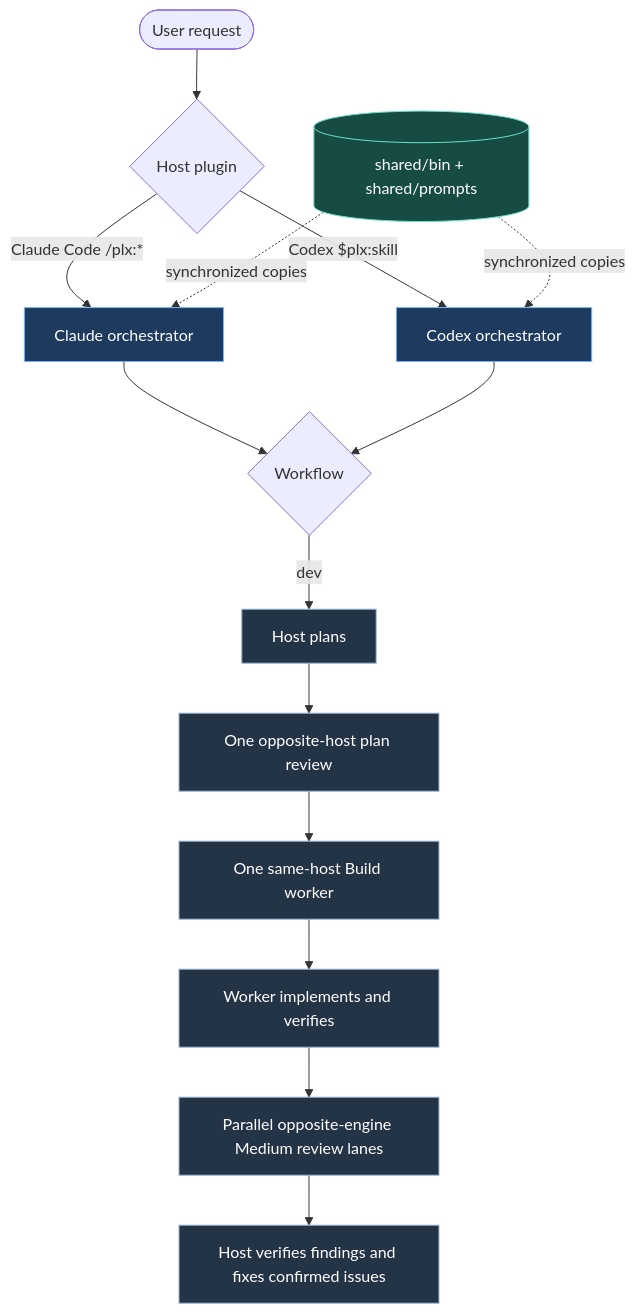
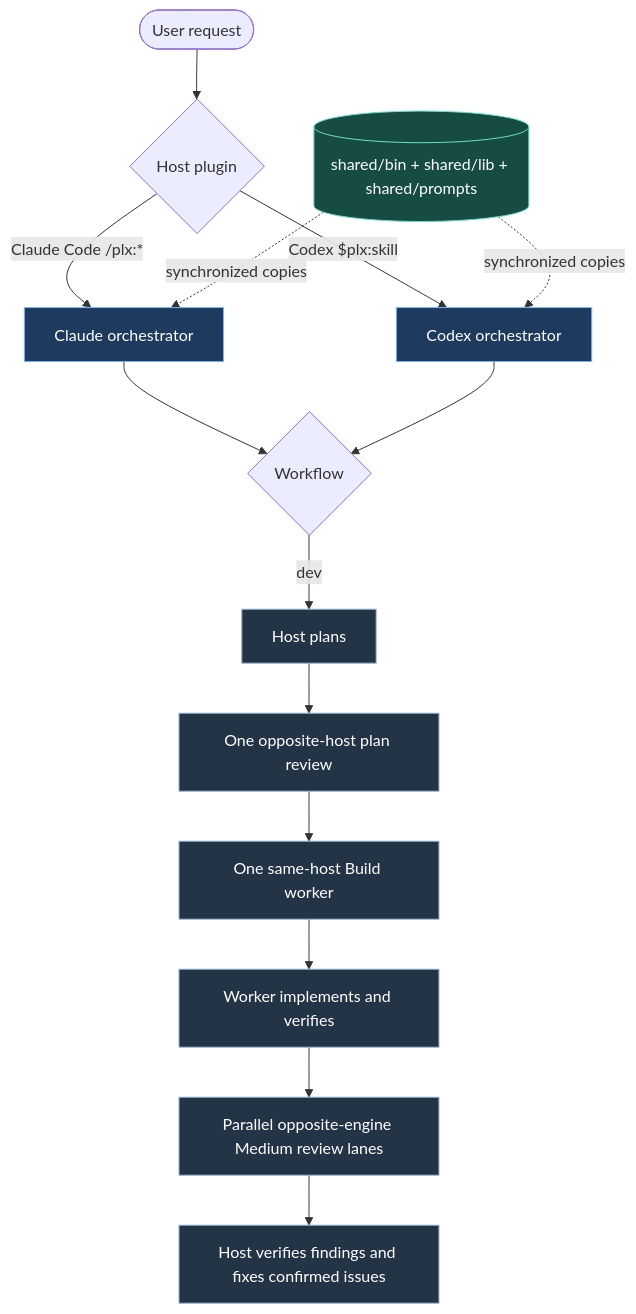
Before and after one commit to dshap474/parallax: the diagram in docs/diagrams/plx_flow.mmd, drawn with Mermaid. The commit also changed 35 other files, not shown here.

```diff
--- a/docs/diagrams/plx_flow.mmd
+++ b/docs/diagrams/plx_flow.mmd
@@ -1,26 +1,26 @@
 %% Parallax dual-host pipeline overview.
 %% Usage: render with any Mermaid flowchart-compatible renderer.
 flowchart TD
     U([User request]) --> H{Host plugin}
     H -->|Claude Code /plx:*| C[Claude orchestrator]
     H -->|Codex $plx:skill| X[Codex orchestrator]
 
     C --> W{Workflow}
     X --> W
 
     W -->|dev| P[Host plans]
     P --> CR[One opposite-host plan review]
     CR --> B[One same-host Build worker]
     B --> V[Worker implements and verifies]
     V --> R[Parallel opposite-engine Medium review lanes]
     R --> S[Host verifies findings and fixes confirmed issues]
 
-    SB[(shared/bin + shared/prompts)] -. synchronized copies .-> C
+    SB[(shared/bin + shared/lib + shared/prompts)] -. synchronized copies .-> C
     SB -. synchronized copies .-> X
 
     classDef host fill:#1e3a5f,stroke:#78b7ff,color:#fff
     classDef lane fill:#243447,stroke:#9ab6d3,color:#fff
     classDef shared fill:#174c45,stroke:#6de0c9,color:#fff
     class C,X host
     class P,CR,B,V,R,S lane
     class SB shared
```
